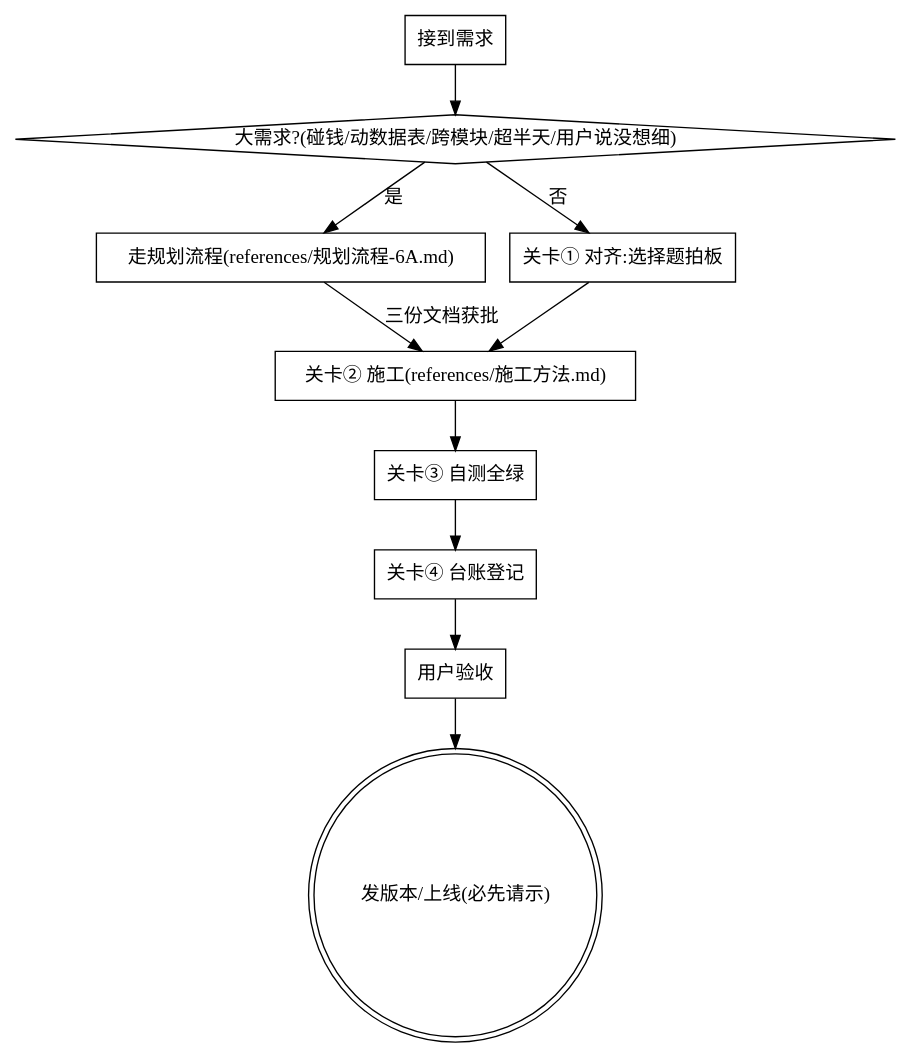
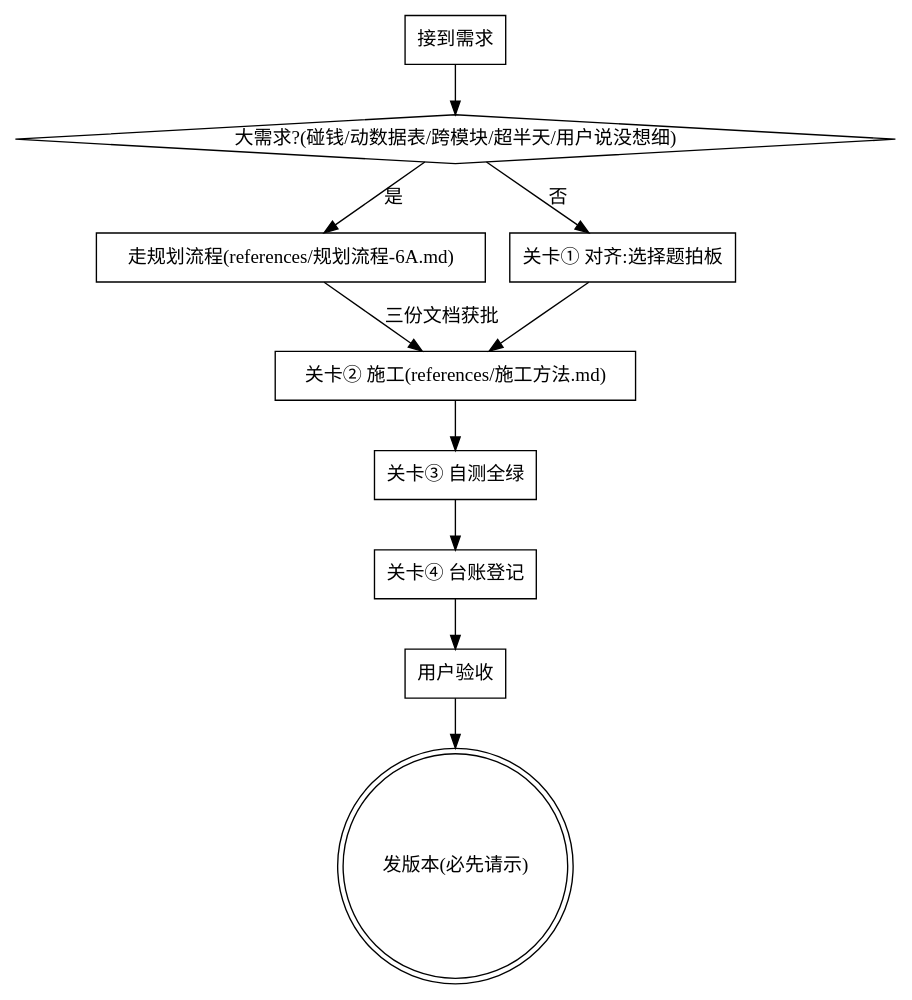
The diagram in vibe-workflow/SKILL.md (Rskyss/vb), drawn with Graphviz before and after one commit. The commit also changed other lines of this file and 2 other files, not shown here.

Commit message:
范围收敛到本地开发+发版本,部署上线移出流程

````diff
--- a/vibe-workflow/SKILL.md
+++ b/vibe-workflow/SKILL.md
@@ -18,23 +18,23 @@
 ```dot
 digraph flow {
     "接到需求" [shape=box];
     "大需求?(碰钱/动数据表/跨模块/超半天/用户说没想细)" [shape=diamond];
     "走规划流程(references/规划流程-6A.md)" [shape=box];
     "关卡① 对齐:选择题拍板" [shape=box];
     "关卡② 施工(references/施工方法.md)" [shape=box];
     "关卡③ 自测全绿" [shape=box];
     "关卡④ 台账登记" [shape=box];
     "用户验收" [shape=box];
-    "发版本/上线(必先请示)" [shape=doublecircle];
+    "发版本(必先请示)" [shape=doublecircle];
 
     "接到需求" -> "大需求?(碰钱/动数据表/跨模块/超半天/用户说没想细)";
     "大需求?(碰钱/动数据表/跨模块/超半天/用户说没想细)" -> "走规划流程(references/规划流程-6A.md)" [label="是"];
     "大需求?(碰钱/动数据表/跨模块/超半天/用户说没想细)" -> "关卡① 对齐:选择题拍板" [label="否"];
     "走规划流程(references/规划流程-6A.md)" -> "关卡② 施工(references/施工方法.md)" [label="三份文档获批"];
     "关卡① 对齐:选择题拍板" -> "关卡② 施工(references/施工方法.md)";
     "关卡② 施工(references/施工方法.md)" -> "关卡③ 自测全绿";
     "关卡③ 自测全绿" -> "关卡④ 台账登记";
     "关卡④ 台账登记" -> "用户验收";
-    "用户验收" -> "发版本/上线(必先请示)";
+    "用户验收" -> "发版本(必先请示)";
 }
 ```
````
